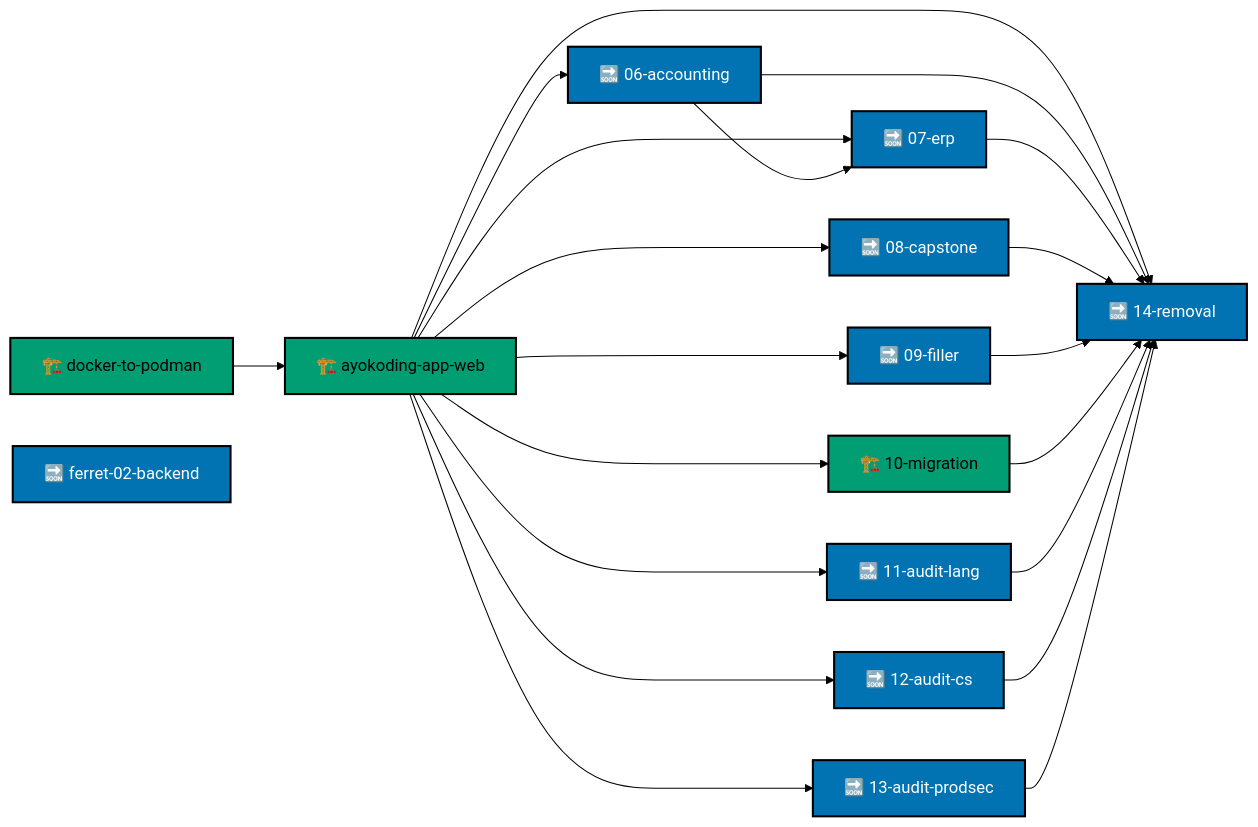
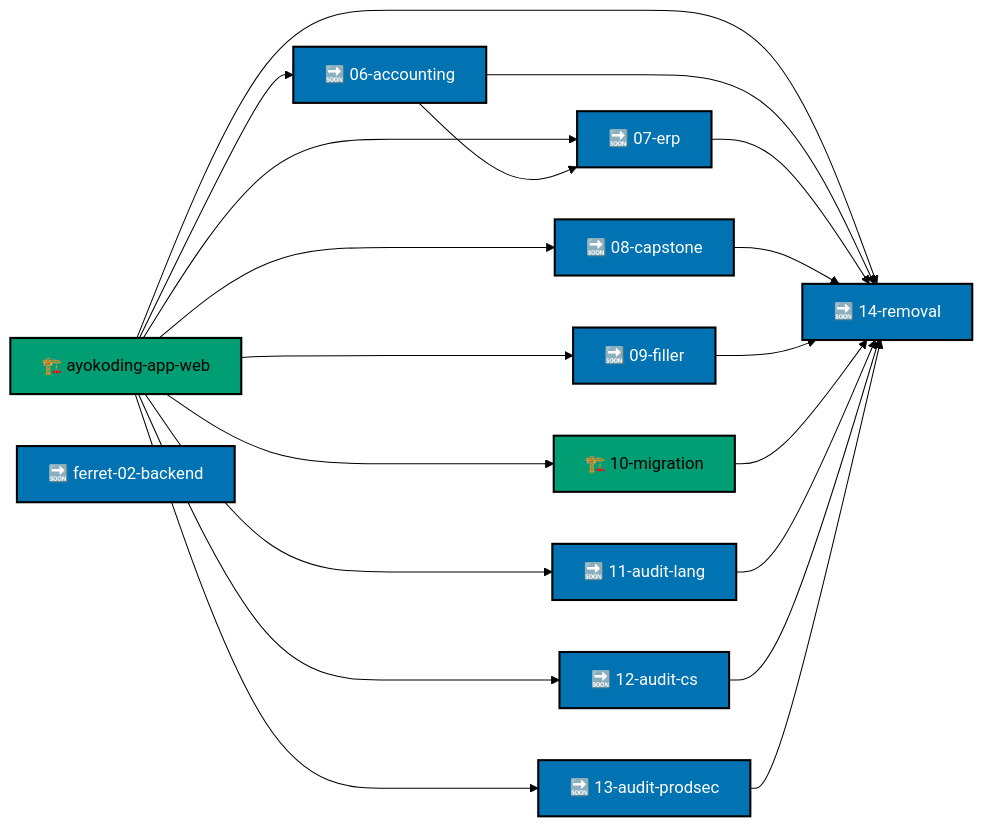
One commit to wahidyankf/ose-public changed the diagram in plans/README.md. Above: the diagram before and after it, drawn with Mermaid (forest theme). The commit also changed other lines of this file and 195 other files, not shown here.

First line of the commit message:
chore(plans): move docker-to-podman to done (#758)

````diff
--- a/plans/README.md
+++ b/plans/README.md
@@ -32,39 +32,37 @@
 ```mermaid
 flowchart LR
   accTitle: Plan order
-  accDescr: Twelve live plans; the Podman migration precedes Phoenix, Phoenix precedes every live AyoKoding plan, and plans 06 through 13 also precede the plan 14 terminal gate.
-  POD["🏗️ docker-to-podman"]:::inprogress
+  accDescr: Eleven live plans; Phoenix precedes every live AyoKoding plan, and plans 06 through 13 also precede the plan 14 terminal gate.
   PHX["🏗️ ayokoding-app-web"]:::inprogress
   P10["🏗️ 10-migration"]:::inprogress
   P06["🔜 06-accounting"]:::backlog
   P07["🔜 07-erp"]:::backlog
   P08["🔜 08-capstone"]:::backlog
   P09["🔜 09-filler"]:::backlog
   P11["🔜 11-audit-lang"]:::backlog
   P12["🔜 12-audit-cs"]:::backlog
   P13["🔜 13-audit-prodsec"]:::backlog
   P14["🔜 14-removal"]:::backlog
   FER["🔜 ferret-02-backend"]:::backlog
-  POD --> PHX
   PHX --> P06
   PHX --> P07
   PHX --> P08
   PHX --> P09
   PHX --> P10
   PHX --> P11
   PHX --> P12
   PHX --> P13
   PHX --> P14
   P06 --> P07
   P06 --> P14
   P07 --> P14
   P08 --> P14
   P09 --> P14
   P10 --> P14
   P11 --> P14
   P12 --> P14
   P13 --> P14
   classDef backlog fill:#0173B2,stroke:#000000,color:#FFFFFF,stroke-width:2px
   classDef inprogress fill:#029E73,stroke:#000000,color:#000000,stroke-width:2px
   classDef default fill:#FFFFFF,stroke:#000000,color:#000000
 ```
````
